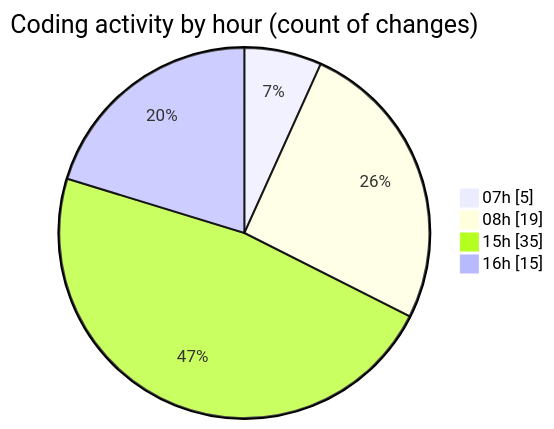
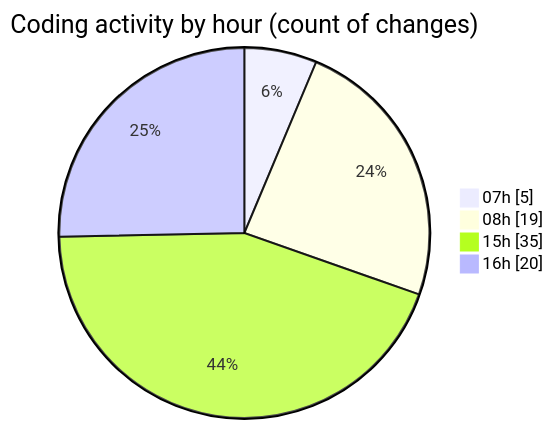
The second of 2 diagrams in 2025-02-07/mbc-web/README.md (robertbonfada/code-tracking), drawn with Mermaid before and after one commit. The commit also changed other lines of this file and 1 other file, not shown here.

````diff
--- a/2025-02-07/mbc-web/README.md
+++ b/2025-02-07/mbc-web/README.md
@@ -40,8 +41,8 @@
 ```mermaid
 pie showData
 title Coding activity by hour (count of changes)
 "07h" : 5
 "08h" : 19
 "15h" : 35
-"16h" : 15
+"16h" : 20
 ```
````
